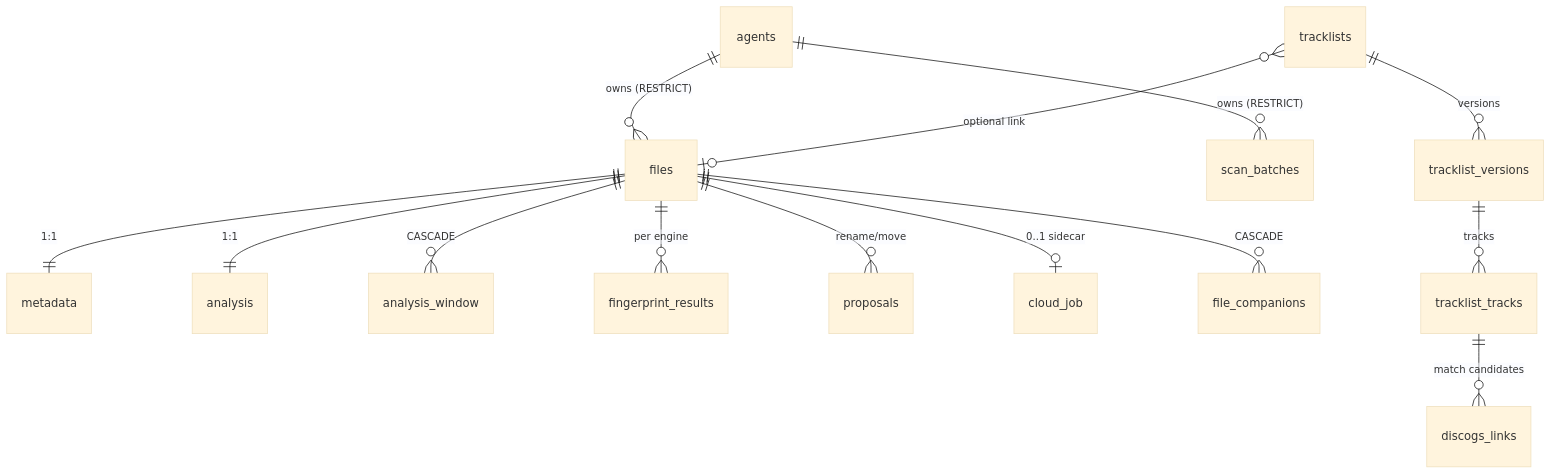
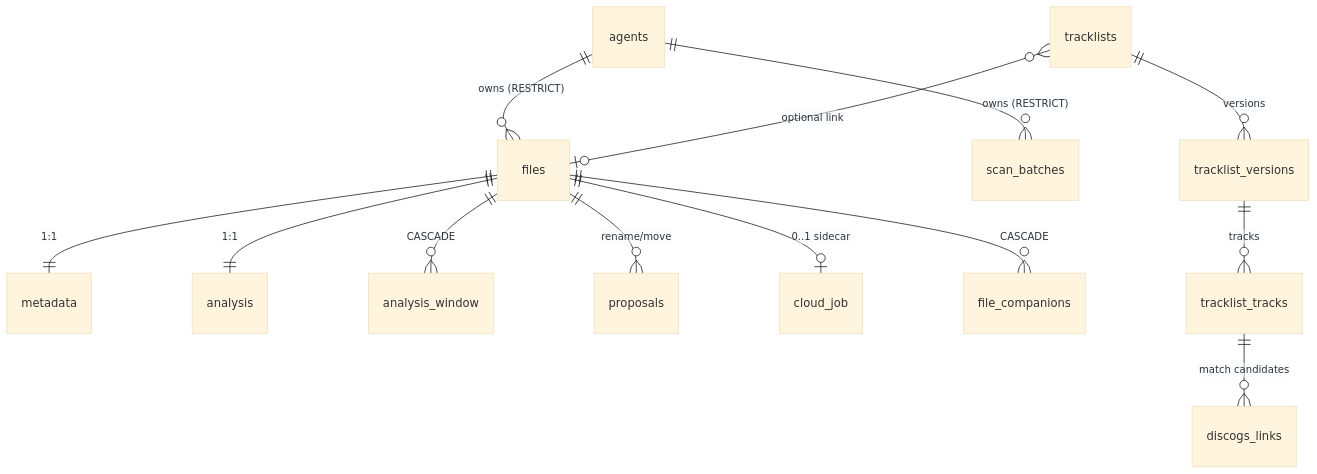
One commit to SimplicityGuy/phaze changed the first of 2 diagrams in docs/database.md. Above: the diagram before and after it, drawn with Mermaid (base theme). The commit also changed other lines of this file and 14 other files, not shown here.

````diff
--- a/docs/database.md
+++ b/docs/database.md
@@ -54,16 +53,15 @@
 ```mermaid
 erDiagram
     agents ||--o{ files : "owns (RESTRICT)"
     agents ||--o{ scan_batches : "owns (RESTRICT)"
     files ||--|| metadata : "1:1"
     files ||--|| analysis : "1:1"
     files ||--o{ analysis_window : "CASCADE"
-    files ||--o{ fingerprint_results : "per engine"
     files ||--o{ proposals : "rename/move"
     files ||--o| cloud_job : "0..1 sidecar"
     files ||--o{ file_companions : "CASCADE"
     tracklists ||--o{ tracklist_versions : "versions"
     tracklist_versions ||--o{ tracklist_tracks : "tracks"
     tracklist_tracks ||--o{ discogs_links : "match candidates"
     tracklists }o--o| files : "optional link"
 ```
````
